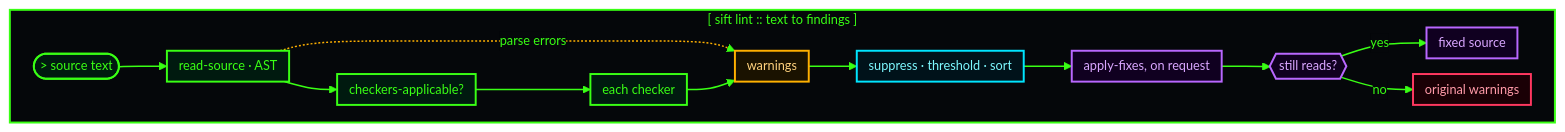
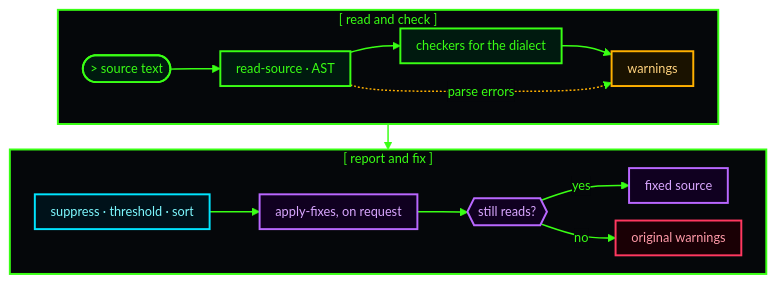
Before and after one commit to jjba23/sift: the diagram in resources/diagrams/lint-pipeline.mmd, drawn with Mermaid. The commit also changed 4 other files, not shown here.

First line of the commit message:
docs(diagrams): lay every diagram out as a row, not a column

```diff
--- a/resources/diagrams/lint-pipeline.mmd
+++ b/resources/diagrams/lint-pipeline.mmd
@@ -1,40 +1,42 @@
-%%{init: {"theme": "base", "themeVariables": {"darkMode": true, "fontFamily": "monospace", "fontSize": "13px", "background": "#05070a", "mainBkg": "#05070a", "primaryColor": "#05070a", "primaryTextColor": "#39ff14", "primaryBorderColor": "#39ff14", "secondaryColor": "#0b0f14", "tertiaryColor": "#0b0f14", "lineColor": "#39ff14", "textColor": "#c9ffd4", "edgeLabelBackground": "#05070a", "clusterBkg": "#0b0f14", "clusterBorder": "#00e5ff"}, "flowchart": {"wrappingWidth": 340, "nodeSpacing": 16, "rankSpacing": 24, "padding": 6, "diagramPadding": 8}}}%%
+%%{init: {"theme": "base", "themeVariables": {"darkMode": true, "fontFamily": "monospace", "fontSize": "13px", "background": "#05070a", "mainBkg": "#05070a", "primaryColor": "#05070a", "primaryTextColor": "#39ff14", "primaryBorderColor": "#39ff14", "secondaryColor": "#0b0f14", "tertiaryColor": "#0b0f14", "lineColor": "#39ff14", "textColor": "#c9ffd4", "edgeLabelBackground": "#05070a", "clusterBkg": "#0b0f14", "clusterBorder": "#00e5ff"}, "flowchart": {"wrappingWidth": 340, "nodeSpacing": 18, "rankSpacing": 26, "padding": 8}}}%%
 flowchart TD
     classDef ttyText fill:#001a0f,stroke:#39ff14,stroke-width:2px,color:#39ff14
     classDef ttyWarn fill:#1a1200,stroke:#ffb000,stroke-width:2px,color:#ffd27d
     classDef ttyReport fill:#00121a,stroke:#00e5ff,stroke-width:2px,color:#7df9ff
     classDef ttyFix fill:#100020,stroke:#b967ff,stroke-width:2px,color:#d9a6ff
     classDef ttyBad fill:#1a0005,stroke:#ff3860,stroke-width:2px,color:#ff9aa9
 
-    subgraph canvas ["[ sift lint :: text to findings ]"]
+    subgraph read ["[ read and check ]"]
+        direction LR
         source(["> source text"])
         reader["read-source · AST"]
-        app["checkers-applicable?"]
-        run["each checker"]
+        app["checkers for the dialect"]
         warn["warnings"]
+        source --> reader --> app
+        app --> warn
+        reader -.->|parse errors| warn
+    end
+
+    subgraph report ["[ report and fix ]"]
+        direction LR
         filt["suppress · threshold · sort"]
         fix["apply-fixes, on request"]
         reread{{"still reads?"}}
         fixed["fixed source"]
         unfixed["original warnings"]
-
-        source --> reader
-        reader --> app
-        reader -.->|parse errors| warn
-        app --> run
-        run --> warn
-        warn --> filt
-        filt --> fix
-        fix --> reread
+        filt --> fix --> reread
         reread -->|yes| fixed
         reread -->|no| unfixed
     end
 
-    class source,reader,app,run ttyText
+    read --> report
+
+    class source,reader,app ttyText
     class warn ttyWarn
     class filt ttyReport
     class fix,reread,fixed ttyFix
     class unfixed ttyBad
-    style canvas fill:#05070a,stroke:#39ff14,stroke-width:2px,color:#39ff14
+    style read fill:#05070a,stroke:#39ff14,stroke-width:2px,color:#39ff14
+    style report fill:#05070a,stroke:#39ff14,stroke-width:2px,color:#39ff14
     linkStyle default stroke:#39ff14,stroke-width:1.5px
-    linkStyle 2 stroke:#ffb000,stroke-width:1.5px
+    linkStyle 3 stroke:#ffb000,stroke-width:1.5px
```
